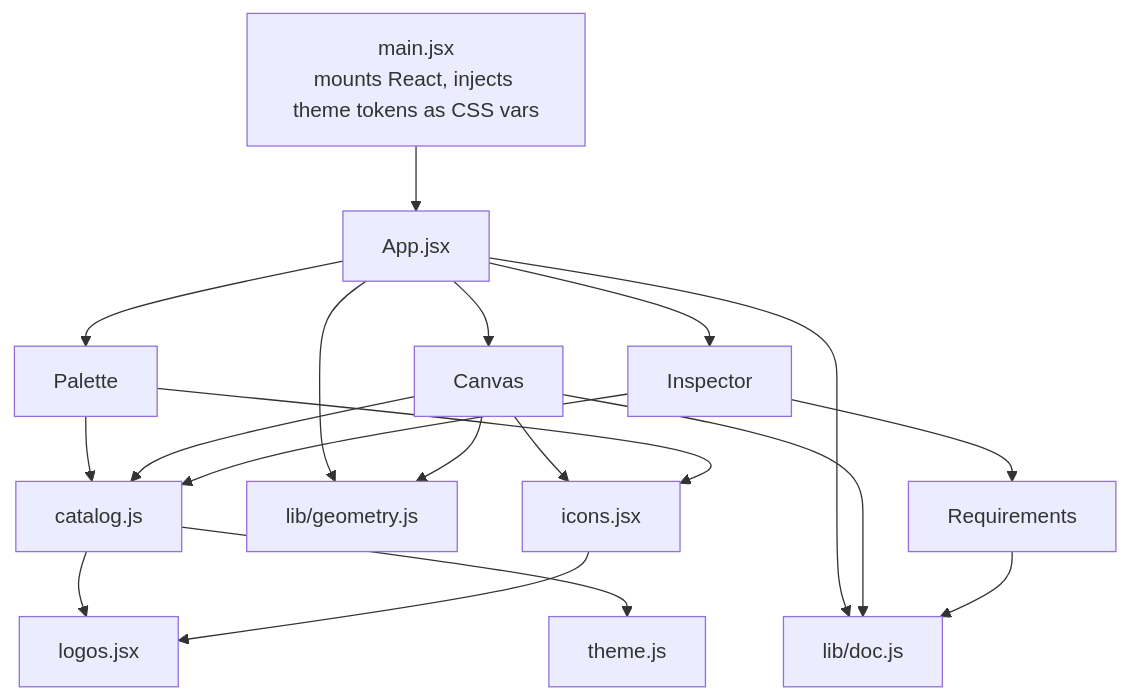
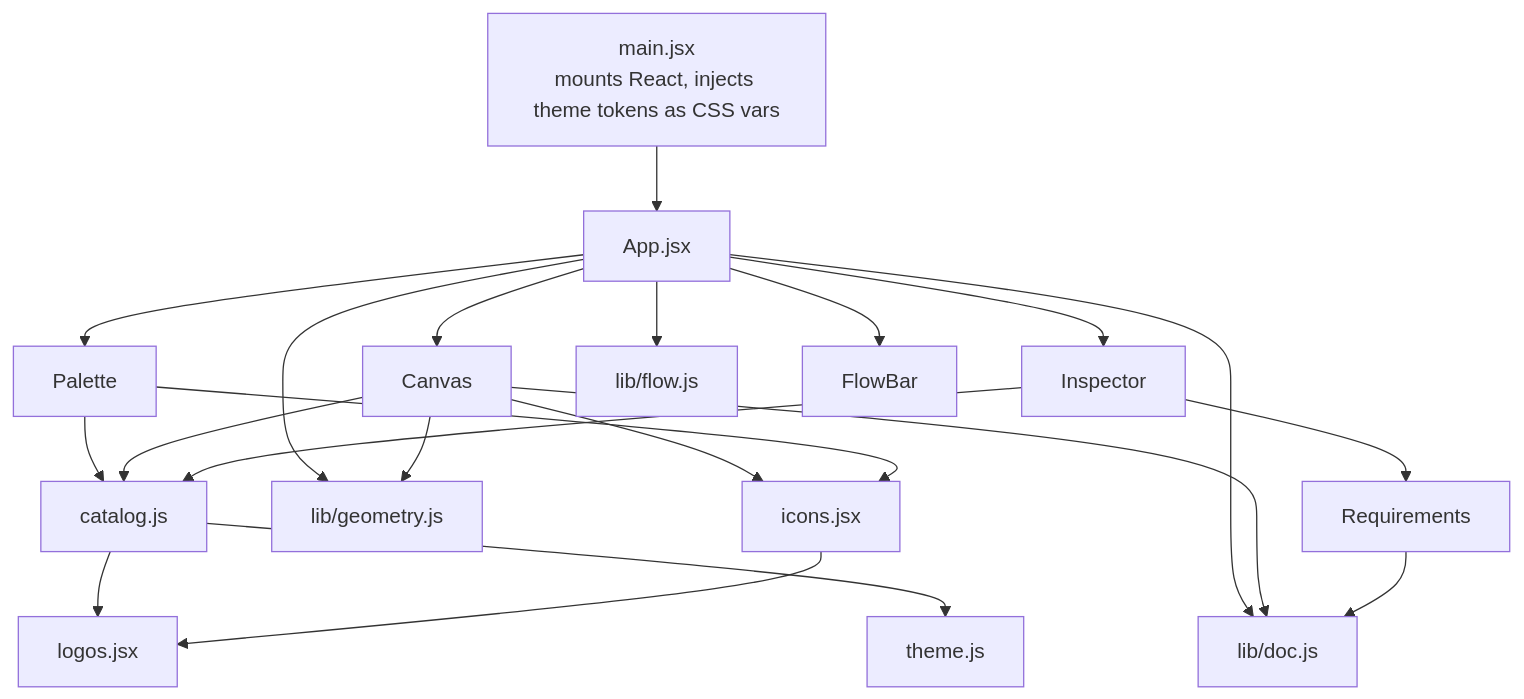
The second of 4 diagrams in architecture.md (GullapalliAkhil/system-design-studio), drawn with Mermaid before and after one commit. The commit also changed other lines of this file and 7 other files, not shown here.

````diff
--- a/architecture.md
+++ b/architecture.md
@@ -39,26 +39,28 @@
 ```mermaid
 flowchart TD
   main[main.jsx<br/>mounts React, injects theme tokens as CSS vars]
   main --> App
 
   App[App.jsx]
   App --> Palette
   App --> Canvas
   App --> Inspector
   Inspector --> Requirements
 
   App --> doc[lib/doc.js]
   App --> geo[lib/geometry.js]
+  App --> flow[lib/flow.js]
+  App --> FlowBar
   Canvas --> doc
   Canvas --> geo
   Requirements --> doc
 
   Palette --> catalog[catalog.js]
   Canvas --> catalog
   Inspector --> catalog
   catalog --> logos[logos.jsx]
   catalog --> theme[theme.js]
   icons[icons.jsx] --> logos
   Canvas --> icons
   Palette --> icons
 ```
````
